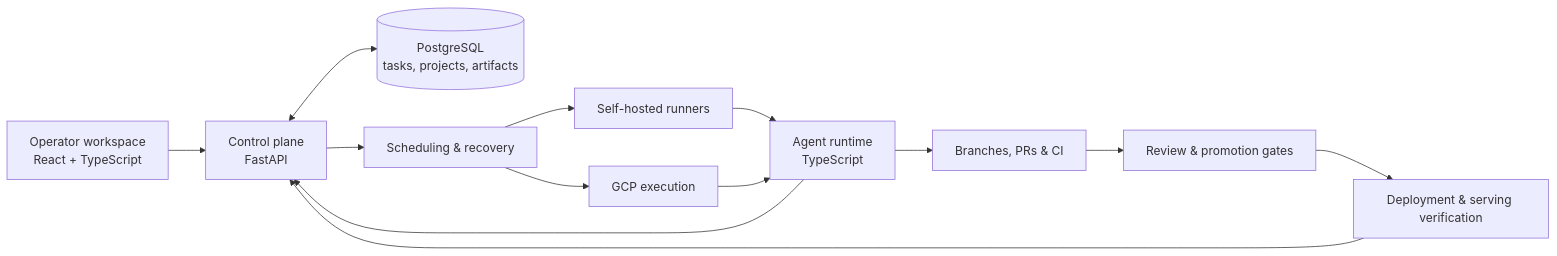
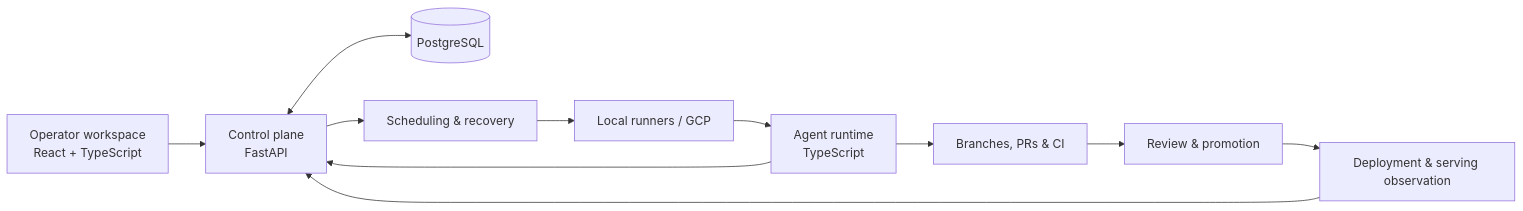
The diagram in README.md (HenryHamster/Blueprint-AI-Studio), drawn with Mermaid before and after one commit. The commit also changed other lines of this file and 29 other files, not shown here.

````diff
--- a/README.md
+++ b/README.md
@@ -46,15 +26,13 @@
 ```mermaid
 flowchart LR
     UI[Operator workspace<br/>React + TypeScript] --> API[Control plane<br/>FastAPI]
-    API <--> DB[(PostgreSQL<br/>tasks, projects, artifacts)]
+    API <--> DB[(PostgreSQL)]
     API --> Scheduler[Scheduling & recovery]
-    Scheduler --> Local[Self-hosted runners]
-    Scheduler --> Cloud[GCP execution]
-    Local --> Runtime[Agent runtime<br/>TypeScript]
-    Cloud --> Runtime
+    Scheduler --> Runners[Local runners / GCP]
+    Runners --> Runtime[Agent runtime<br/>TypeScript]
+    Runtime --> API
     Runtime --> GitHub[Branches, PRs & CI]
-    Runtime --> API
-    GitHub --> Review[Review & promotion gates]
-    Review --> Serving[Deployment & serving verification]
-    Serving --> API
+    GitHub --> Review[Review & promotion]
+    Review --> Deployment[Deployment & serving observation]
+    Deployment --> API
 ```
````
